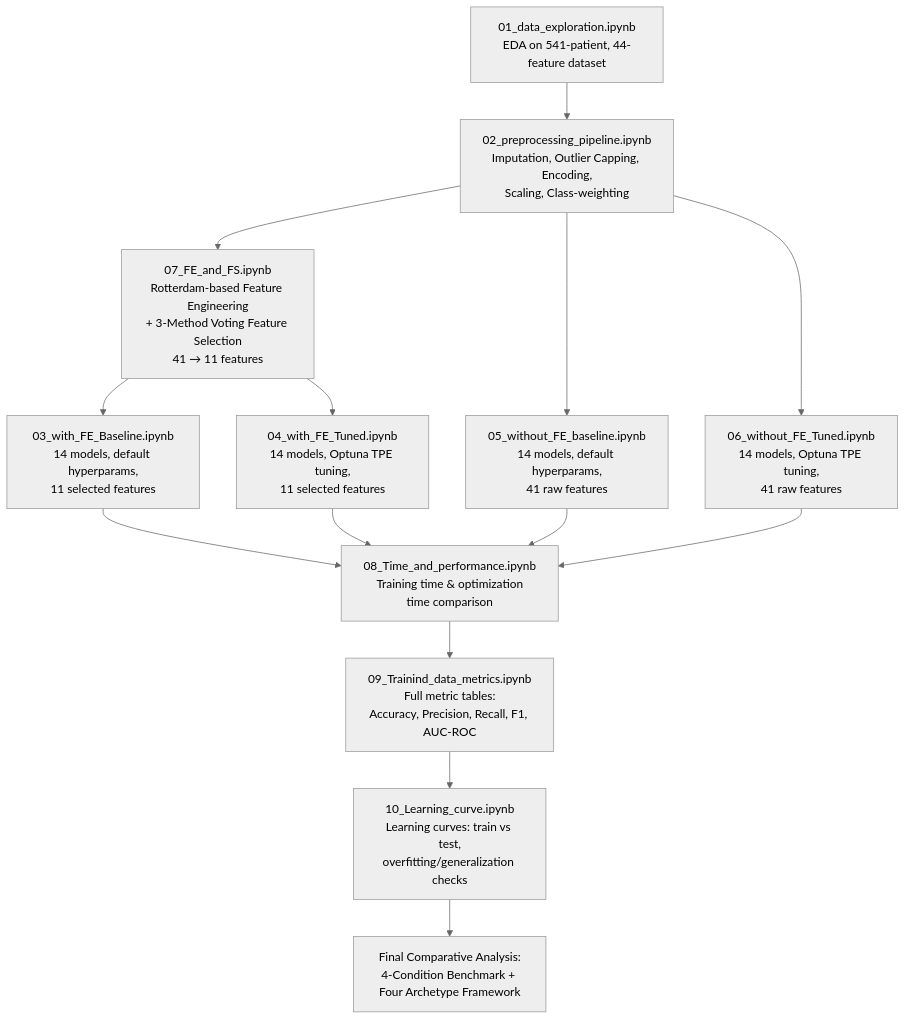
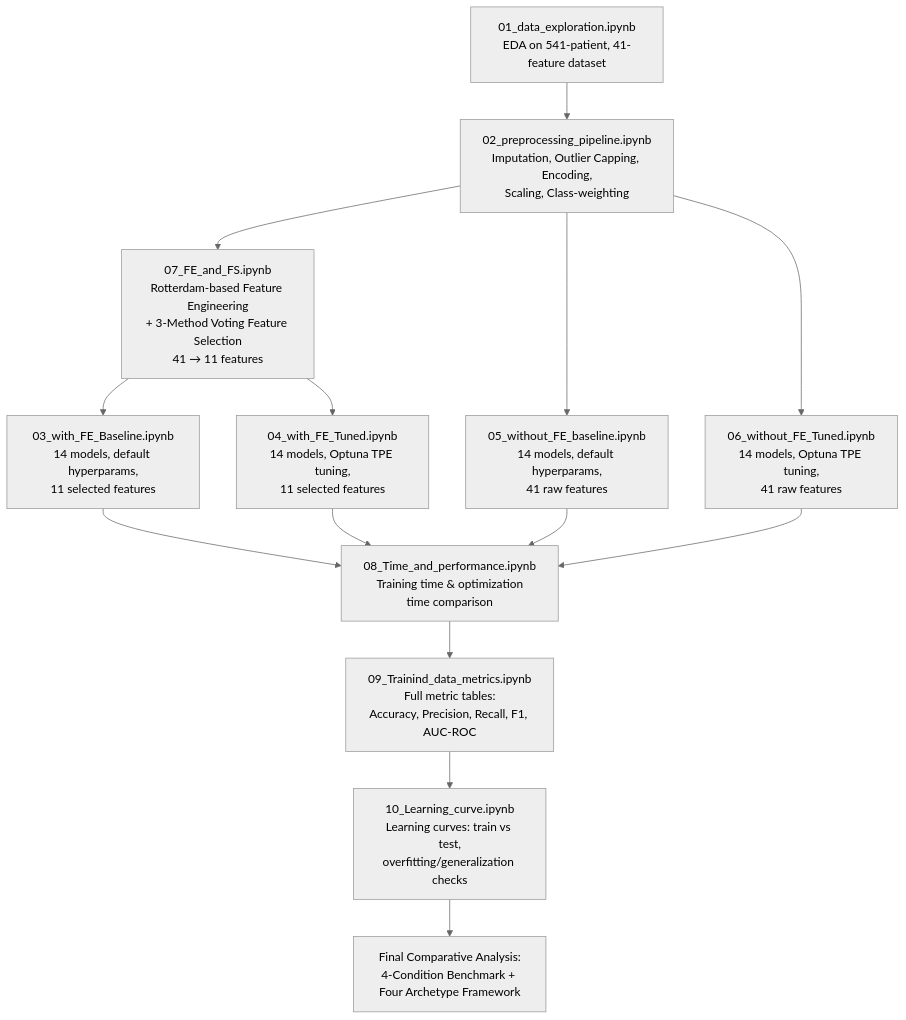
The first of 3 diagrams in README.md (hariniisathappan/PCOS_Classification_Using_Machine_Learning), drawn with Mermaid (neutral theme) before and after one commit. The commit also changed other lines of this file, not shown here.

````diff
--- a/README.md
+++ b/README.md
@@ -23,23 +23,23 @@
 ```mermaid
 flowchart TD
-    N1[01_data_exploration.ipynb<br/>EDA on 541-patient, 44-feature dataset] --> N2
+    N1[01_data_exploration.ipynb<br/>EDA on 541-patient, 41-feature dataset] --> N2
 
     N2[02_preprocessing_pipeline.ipynb<br/>Imputation, Outlier Capping, Encoding,<br/>Scaling, Class-weighting] --> N7
 
     N7[07_FE_and_FS.ipynb<br/>Rotterdam-based Feature Engineering<br/>+ 3-Method Voting Feature Selection<br/>41 → 11 features] --> N3
     N7 --> N4
     N2 --> N5
     N2 --> N6
 
     N5[05_without_FE_baseline.ipynb<br/>14 models, default hyperparams,<br/>41 raw features] --> N8
     N3[03_with_FE_Baseline.ipynb<br/>14 models, default hyperparams,<br/>11 selected features] --> N8
 
     N6[06_without_FE_Tuned.ipynb<br/>14 models, Optuna TPE tuning,<br/>41 raw features] --> N8
     N4[04_with_FE_Tuned.ipynb<br/>14 models, Optuna TPE tuning,<br/>11 selected features] --> N8
 
     N8[08_Time_and_performance.ipynb<br/>Training time & optimization<br/>time comparison] --> N9
     N9[09_Trainind_data_metrics.ipynb<br/>Full metric tables:<br/>Accuracy, Precision, Recall, F1, AUC-ROC] --> N10
     N10[10_Learning_curve.ipynb<br/>Learning curves: train vs test,<br/>overfitting/generalization checks] --> FINAL
 
     FINAL[Final Comparative Analysis:<br/>4-Condition Benchmark + Four Archetype Framework]
 ```
````
